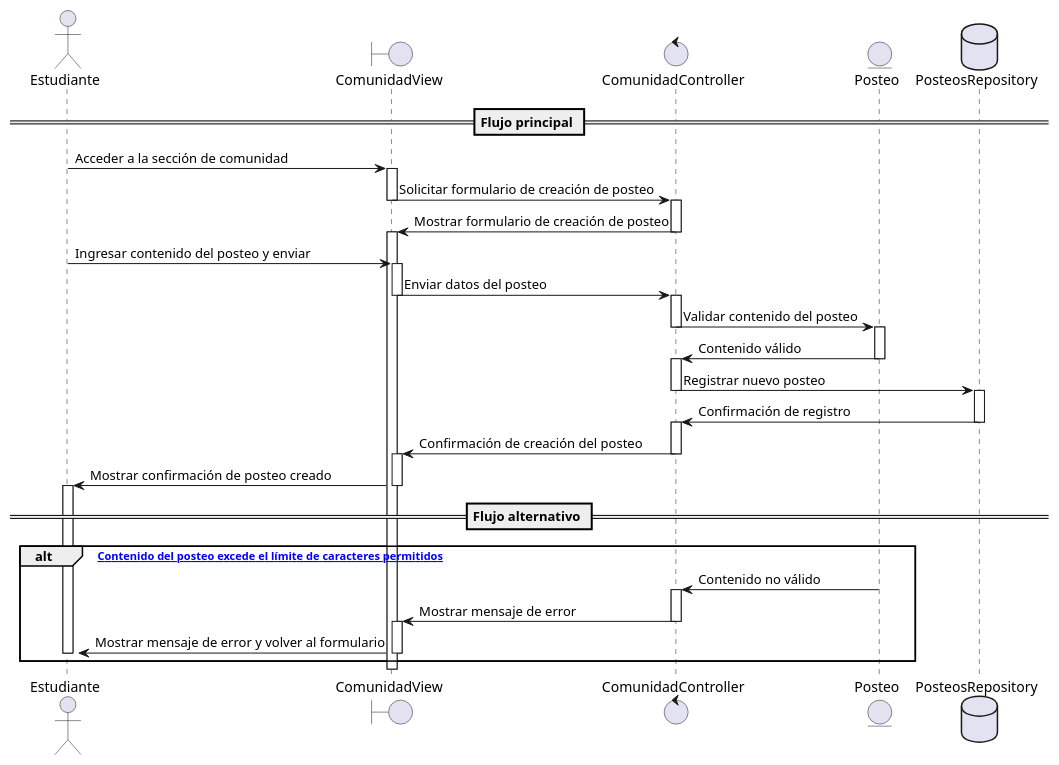
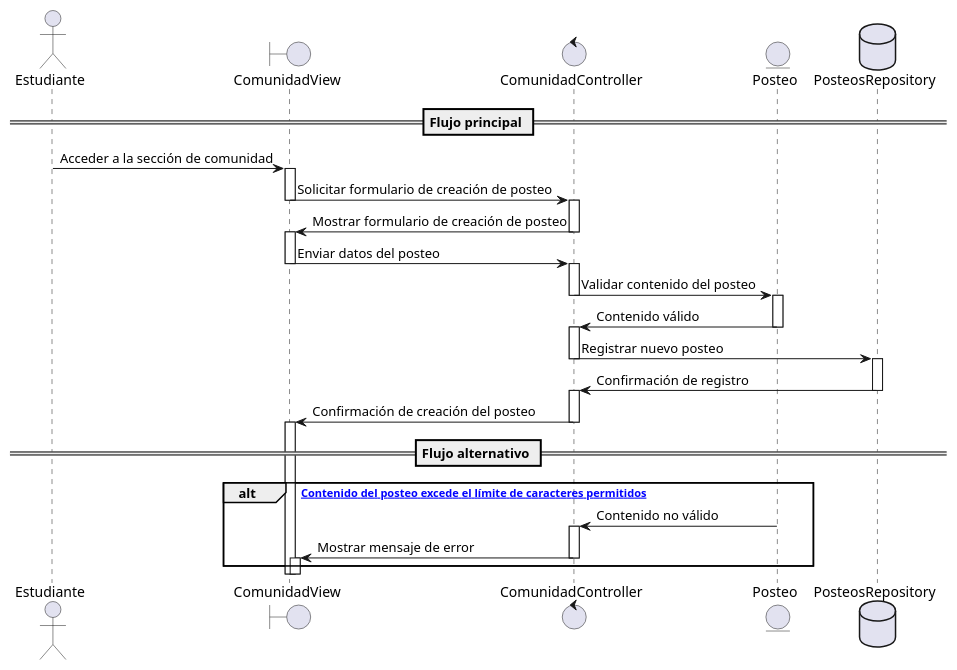
The diagram in CASOS DE USO/ESTUDIANTE/CU-0009/DSEC-0009.puml (ZavSan95/EduMatch), drawn with PlantUML before and after one commit. The commit also changed 56 other files, not shown here.

Commit message:
Actualizacion diagramas de secuencia

```diff
--- a/CASOS DE USO/ESTUDIANTE/CU-0009/DSEC-0009.puml
+++ b/CASOS DE USO/ESTUDIANTE/CU-0009/DSEC-0009.puml
@@ -1,28 +1,26 @@
 @startuml
 actor Estudiante
 boundary "ComunidadView" as View
 control "ComunidadController" as Controller
 entity "Posteo" as Post
 database "PosteosRepository" as Repository
 
 == Flujo principal ==
 Estudiante -> View --++: Acceder a la sección de comunidad
 View -> Controller --++: Solicitar formulario de creación de posteo
 Controller -> View --++: Mostrar formulario de creación de posteo
-Estudiante -> View --++: Ingresar contenido del posteo y enviar
 View -> Controller --++: Enviar datos del posteo
 Controller -> Post --++: Validar contenido del posteo
 Post -> Controller --++: Contenido válido
 Controller -> Repository --++: Registrar nuevo posteo
 Repository -> Controller --++: Confirmación de registro
 Controller -> View --++: Confirmación de creación del posteo
-View -> Estudiante --++: Mostrar confirmación de posteo creado
+
 
 == Flujo alternativo ==
 
 alt [Conte Contenido del posteo excede el límite de caracteres permitidos]
     Post -> Controller --++: Contenido no válido
     Controller -> View --++: Mostrar mensaje de error
-    View -> Estudiante --++: Mostrar mensaje de error y volver al formulario
 end
 @enduml
```
